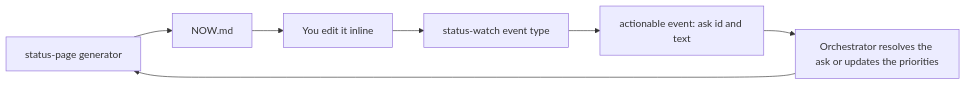
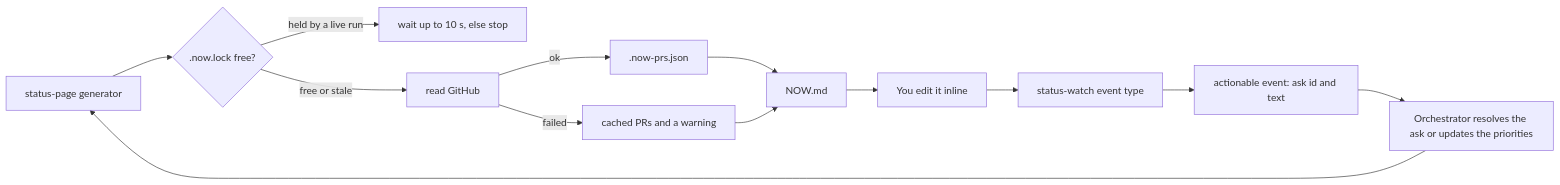
One commit to jackreichert/the-maestro changed the sixth of 7 diagrams in README.md. Above: the diagram before and after it, drawn with Mermaid. The commit also changed other lines of this file and 1 other file, not shown here.

First line of the commit message:
docs(status-page): describe the generator lock, the PR cache and the two-time freshness line

````diff
--- a/README.md
+++ b/README.md
@@ -342,9 +348,15 @@
 ```mermaid
 flowchart LR
-    G[status-page generator] --> N[NOW.md]
+    G[status-page generator] --> L{.now.lock free?}
+    L -->|held by a live run| Wt[wait up to 10 s, else stop]
+    L -->|free or stale| R[read GitHub]
+    R -->|ok| C[.now-prs.json]
+    R -->|failed| K[cached PRs and a warning]
+    C --> N[NOW.md]
+    K --> N
     N --> J[You edit it inline]
     J --> W[status-watch event type]
     W --> E[actionable event: ask id and text]
     E --> O[Orchestrator resolves the ask or updates the priorities]
     O --> G
 ```
````
